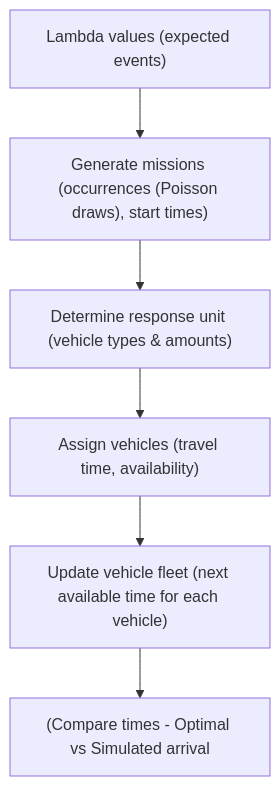
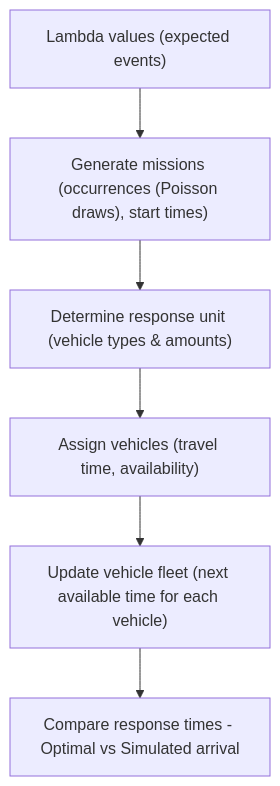
Before and after one commit to filipkristoferssonVTI/CERTAIN: the second of 2 diagrams in README.md, drawn with Mermaid.

````diff
--- a/README.md
+++ b/README.md
@@ -98,8 +98,8 @@
 ```mermaid
 graph TD
     L["Lambda values (expected events)"] --> M["Generate missions (occurrences (Poisson draws), start times)"]
     M --> RU["Determine response unit (vehicle types & amounts)"]
     RU --> UV["Assign vehicles (travel time, availability)"]
     UV --> AV["Update vehicle fleet (next available time for each vehicle)"]
-    AV --> COMP["(Compare times - Optimal vs Simulated arrival"]
+    AV --> COMP["Compare response times - Optimal vs Simulated arrival"]
 ```
````
